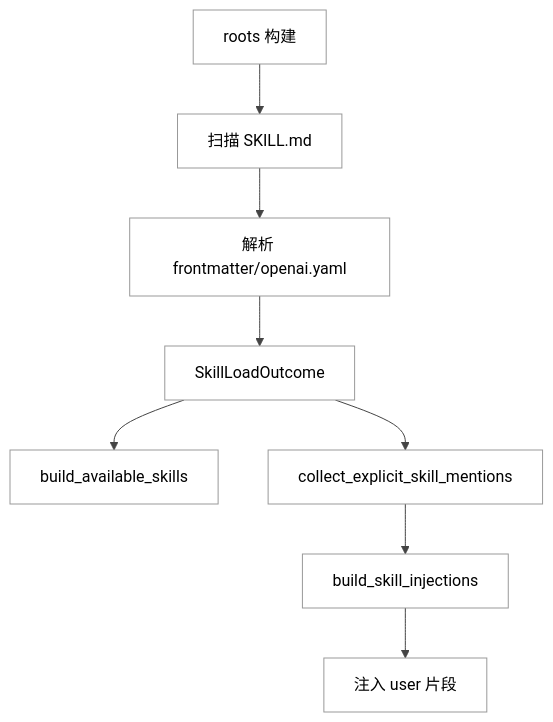
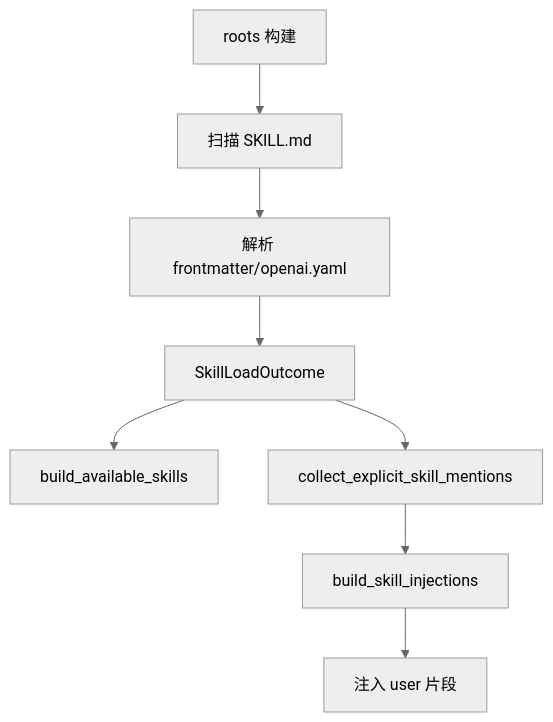
One commit to GLBB/codex-source-analysis changed the second of 5 diagrams in Part I Principles and Usage/07-Prompt组装与Skill注入.md. Above: the diagram before and after it, drawn with Mermaid. The commit also changed other lines of this file and 29 other files, not shown here.

````diff
--- a/Part I Principles and Usage/07-Prompt组装与Skill注入.md
+++ b/Part I Principles and Usage/07-Prompt组装与Skill注入.md
@@ -254,11 +258,11 @@
 ```mermaid
-%%{init: {"theme":"neutral","themeCSS":"svg { background: #ffffff !important; } .label, .nodeLabel, .edgeLabel, text { fill: #000000 !important; color: #000000 !important; }","themeVariables":{"background":"#ffffff","mainBkg":"#ffffff","primaryColor":"#f5f5f5","primaryTextColor":"#000000","primaryBorderColor":"#333333","lineColor":"#444444","secondaryColor":"#f6f8fa","tertiaryColor":"#ffffff","clusterBkg":"#fafafa","clusterBorder":"#888888","edgeLabelBackground":"#ffffff","fontFamily":"Helvetica"}}}%%
+%%{init:{'theme':'neutral','themeVariables':{'background':'#ffffff'}}}%%
 flowchart TD
     A["roots 构建"] --> B["扫描 SKILL.md"]
     B --> C["解析 frontmatter/openai.yaml"]
     C --> D["SkillLoadOutcome"]
     D --> E["build_available_skills"]
     D --> F["collect_explicit_skill_mentions"]
     F --> G["build_skill_injections"]
     G --> H["注入 <skill> user 片段"]
 ```
````
